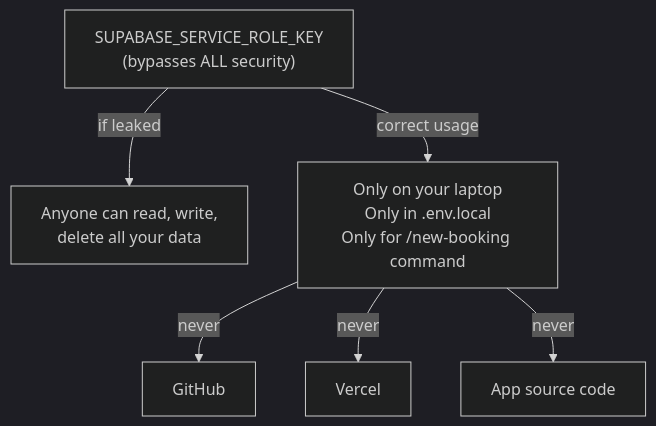
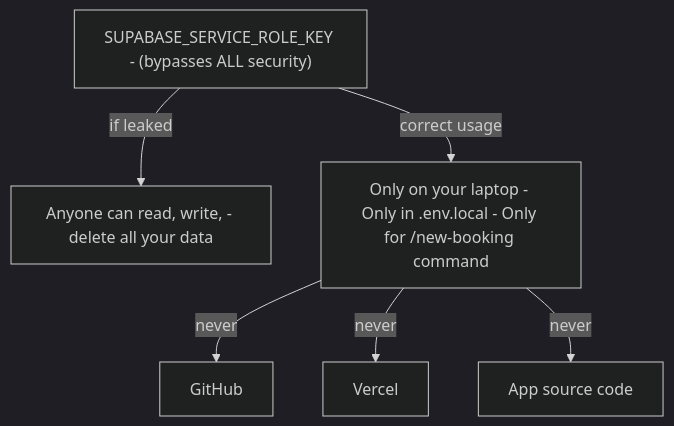
One commit to wongjinar-ai/expample changed the seventh of 8 diagrams in learning/09-fullstack-best-practices.md. Above: the diagram before and after it, drawn with Mermaid (dark theme). The commit also changed other lines of this file and 16 other files, not shown here.

````diff
--- a/learning/09-fullstack-best-practices.md
+++ b/learning/09-fullstack-best-practices.md
@@ -259,9 +259,9 @@
 ```mermaid
 flowchart TD
-    ServiceKey["SUPABASE_SERVICE_ROLE_KEY\n(bypasses ALL security)"]
-    ServiceKey -->|"if leaked"| Anyone["Anyone can read, write,\ndelete all your data"]
-    ServiceKey -->|"correct usage"| LocalOnly["Only on your laptop\nOnly in .env.local\nOnly for /new-booking command"]
+    ServiceKey["SUPABASE_SERVICE_ROLE_KEY - (bypasses ALL security)"]
+    ServiceKey -->|"if leaked"| Anyone["Anyone can read, write, - delete all your data"]
+    ServiceKey -->|"correct usage"| LocalOnly["Only on your laptop - Only in .env.local - Only for /new-booking command"]
     LocalOnly -->|"never"| GitHub["GitHub"]
     LocalOnly -->|"never"| Vercel["Vercel"]
     LocalOnly -->|"never"| AppCode["App source code"]
 ```
````
